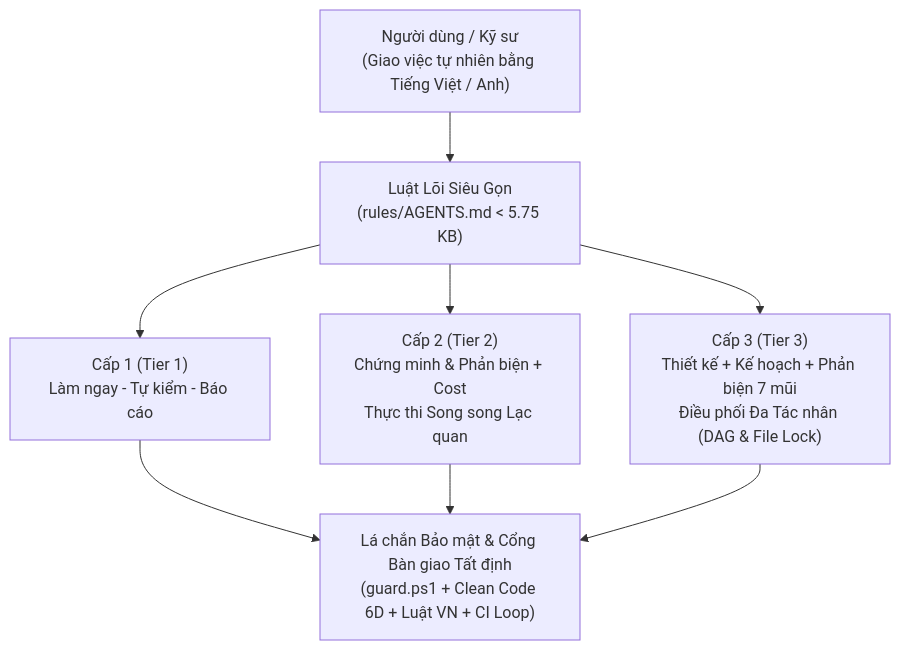
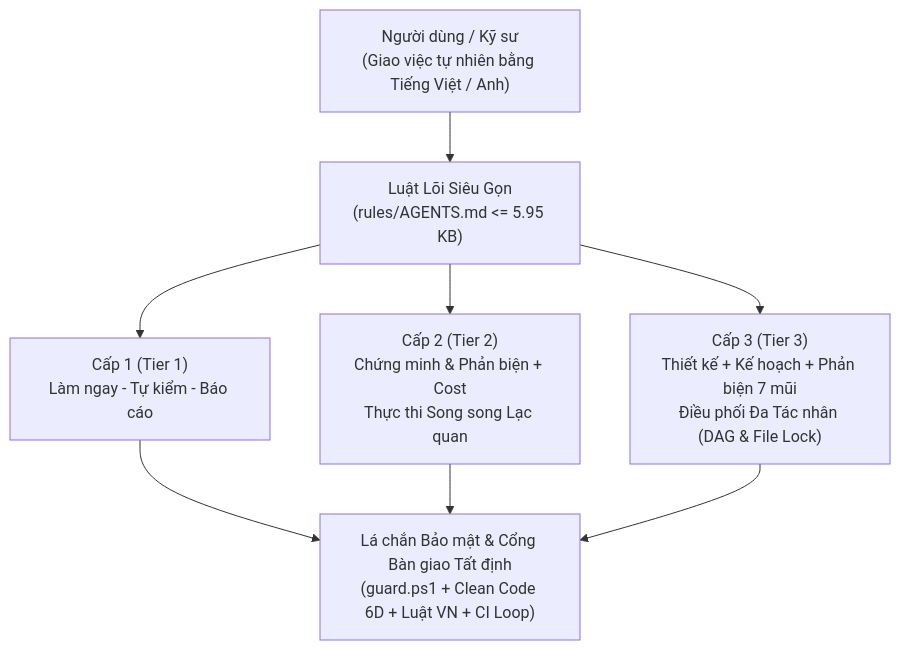
One commit to developerfs0110/Sen changed the first of 4 diagrams in docs/SEN-SHOWCASE-PITCH.md. Above: the diagram before and after it, drawn with Mermaid. The commit also changed other lines of this file and 7 other files, not shown here.

````diff
--- a/docs/SEN-SHOWCASE-PITCH.md
+++ b/docs/SEN-SHOWCASE-PITCH.md
@@ -52,8 +52,8 @@
 ```mermaid
 flowchart TD
-    U["Người dùng / Kỹ sư<br/>(Giao việc tự nhiên bằng Tiếng Việt / Anh)"] --> R["Luật Lõi Siêu Gọn<br/>(rules/AGENTS.md < 5.75 KB)"]
+    U["Người dùng / Kỹ sư<br/>(Giao việc tự nhiên bằng Tiếng Việt / Anh)"] --> R["Luật Lõi Siêu Gọn<br/>(rules/AGENTS.md <= 5.95 KB)"]
     R --> T1["Cấp 1 (Tier 1)<br/>Làm ngay - Tự kiểm - Báo cáo"]
     R --> T2["Cấp 2 (Tier 2)<br/>Chứng minh & Phản biện + Cost<br/>Thực thi Song song Lạc quan"]
     R --> T3["Cấp 3 (Tier 3)<br/>Thiết kế + Kế hoạch + Phản biện 7 mũi<br/>Điều phối Đa Tác nhân (DAG & File Lock)"]
     T1 & T2 & T3 --> G["Lá chắn Bảo mật & Cổng Bàn giao Tất định<br/>(guard.ps1 + Clean Code 6D + Luật VN + CI Loop)"]
 ```
````
